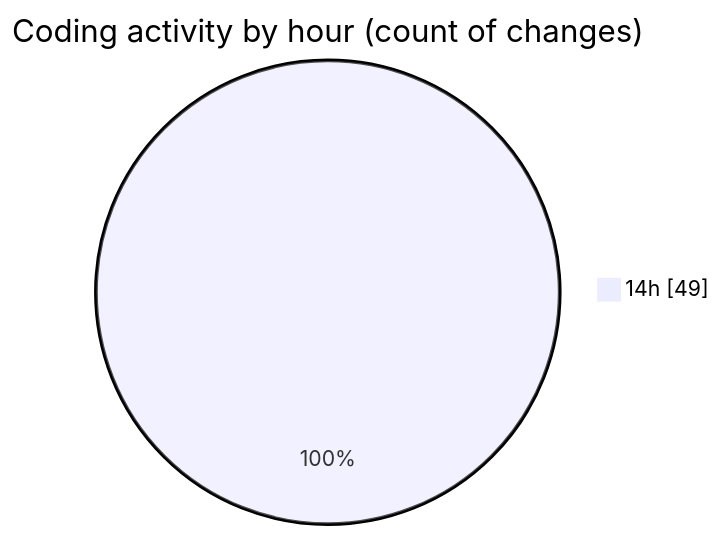
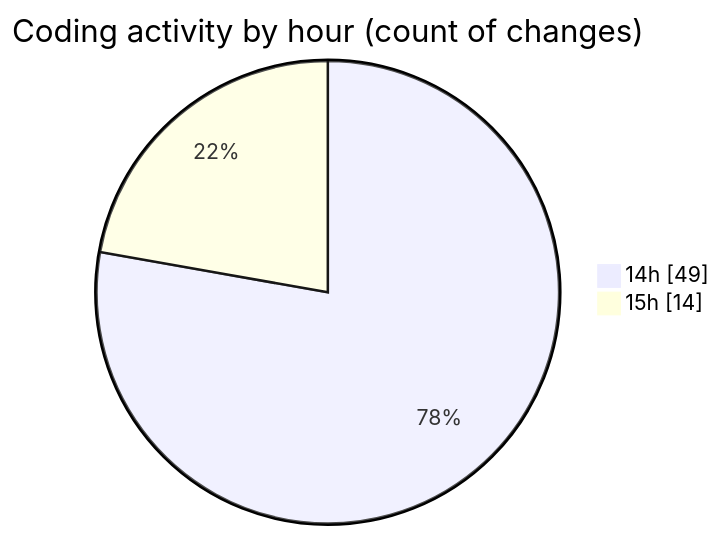
Before and after one commit to robertbonfada/code-tracking: the second of 2 diagrams in 2025-02-27/audiobooks-web/README.md, drawn with Mermaid. The commit also changed other lines of this file and 1 other file, not shown here.

````diff
--- a/2025-02-27/audiobooks-web/README.md
+++ b/2025-02-27/audiobooks-web/README.md
@@ -36,5 +40,6 @@
 ```mermaid
 pie showData
 title Coding activity by hour (count of changes)
 "14h" : 49
+"15h" : 14
 ```
````
